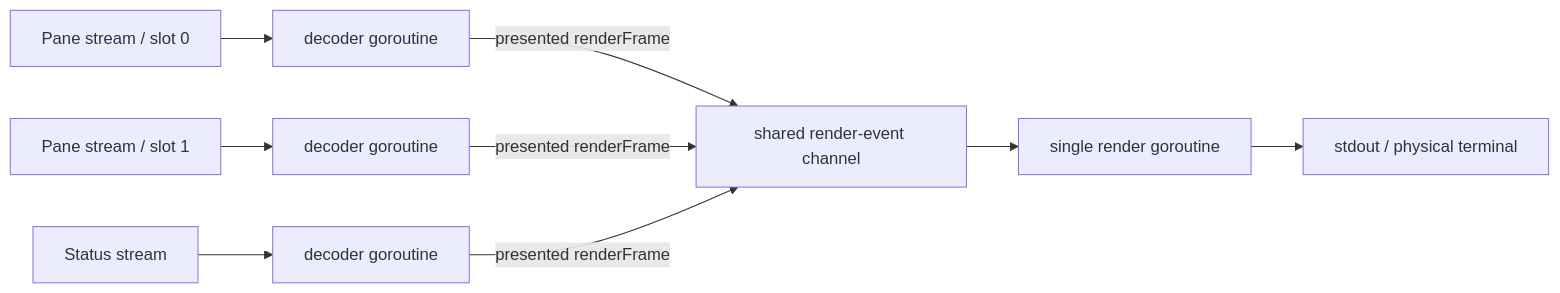
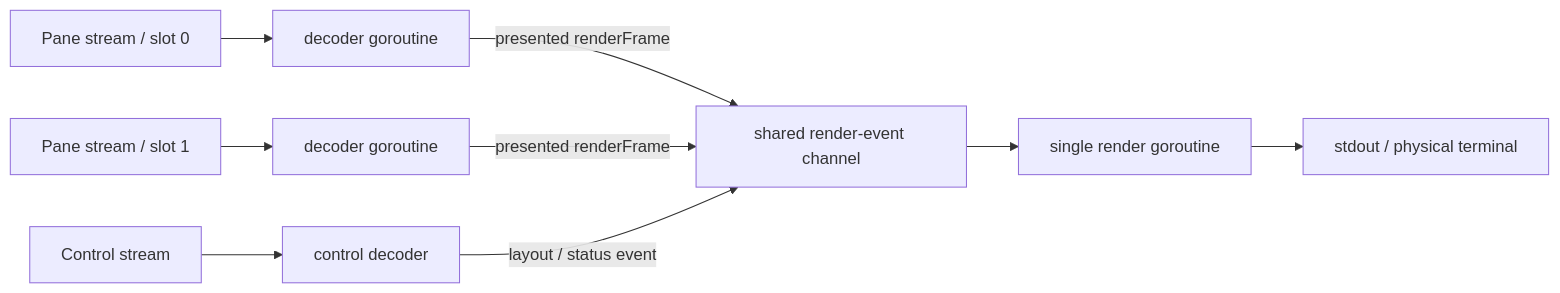
Before and after one commit to garindra/meja: the eighth of 9 diagrams in ARCHITECTURE.md, drawn with Mermaid. The commit also changed other lines of this file and 42 other files, not shown here.

````diff
--- a/ARCHITECTURE.md
+++ b/ARCHITECTURE.md
@@ -1037,11 +1084,11 @@
 ```mermaid
 flowchart LR
     Q1["Pane stream / slot 0"] --> G1["decoder goroutine"]
     Q2["Pane stream / slot 1"] --> G2["decoder goroutine"]
-    QS["Status stream"] --> GS["decoder goroutine"]
+    QC["Control stream"] --> GC["control decoder"]
     G1 -->|"presented renderFrame"| E["shared render-event channel"]
     G2 -->|"presented renderFrame"| E
-    GS -->|"presented renderFrame"| E
+    GC -->|"layout / status event"| E
     E --> R["single render goroutine"]
     R --> O["stdout / physical terminal"]
 ```
````
